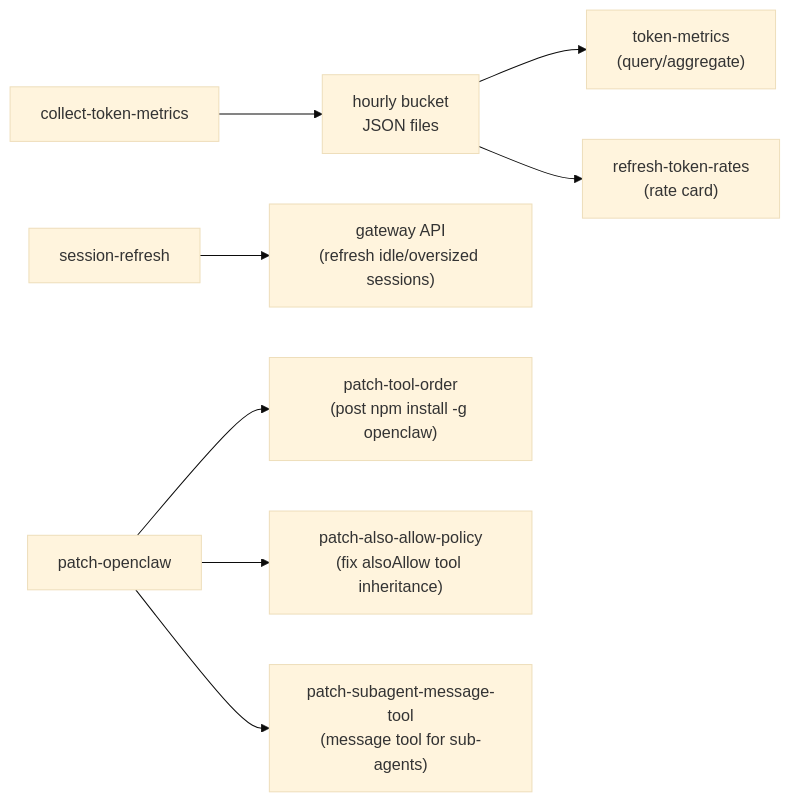
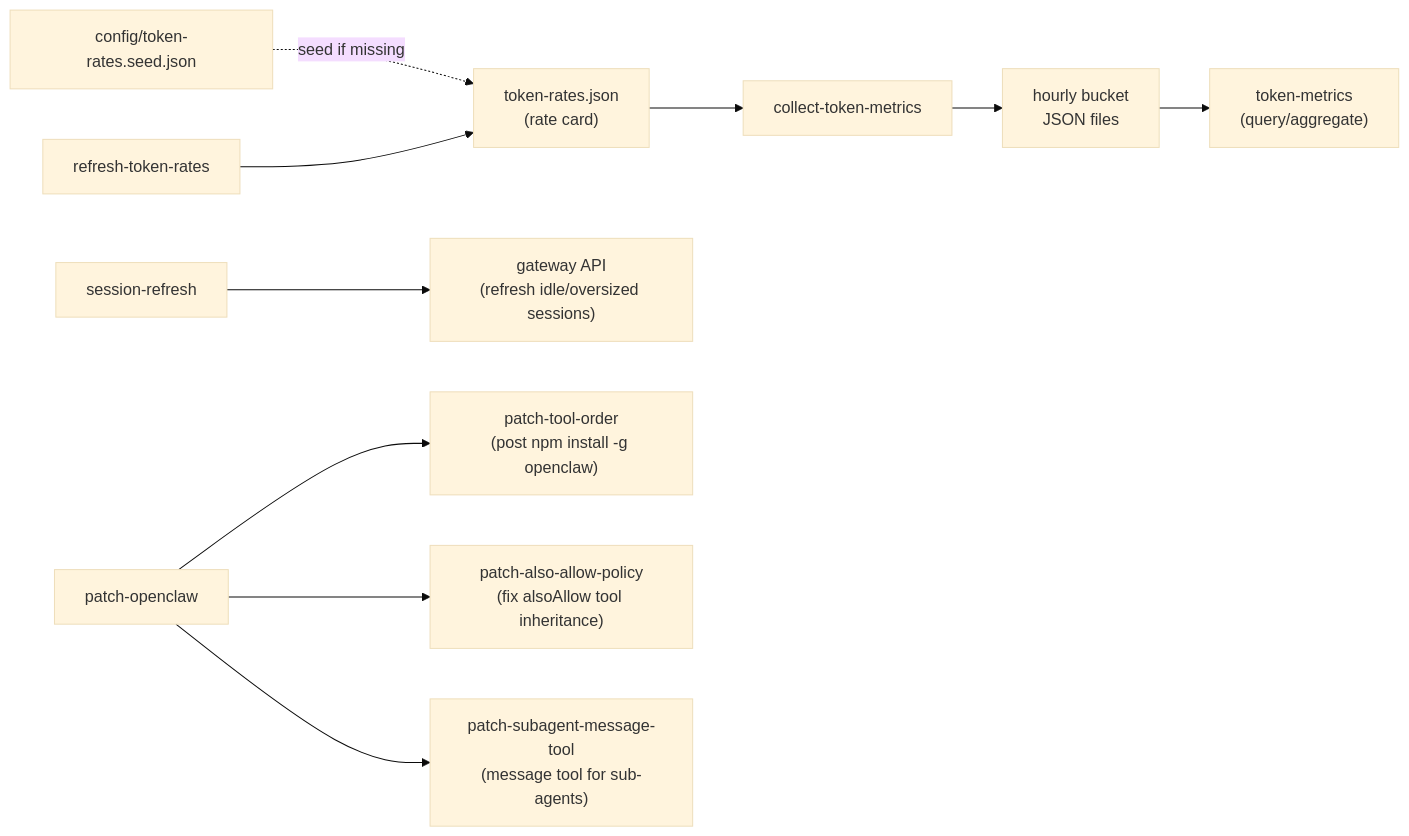
Before and after one commit to karmaniverous/jeeves-scripts-template: the diagram in src/admin/README.md, drawn with Mermaid (base theme). The commit also changed other lines of this file and 14 other files, not shown here.

Commit message:
[54] fix: seed token rate card and fail refresh-token-rates when it is missing or invalid

````diff
--- a/src/admin/README.md
+++ b/src/admin/README.md
@@ -23,12 +23,14 @@
 ```mermaid
 flowchart LR
   collect["collect-token-metrics"] --> buckets["hourly bucket\nJSON files"]
   buckets --> metrics["token-metrics\n(query/aggregate)"]
-  buckets --> rates["refresh-token-rates\n(rate card)"]
+  seed["config/token-rates.seed.json"] -. "seed if missing" .-> card["token-rates.json\n(rate card)"]
+  rates["refresh-token-rates"] --> card
+  card --> collect
 
   refresh["session-refresh"] --> gateway["gateway API\n(refresh idle/oversized sessions)"]
 
   patch["patch-openclaw"] --> order["patch-tool-order\n(post npm install -g openclaw)"]
   patch --> allow["patch-also-allow-policy\n(fix alsoAllow tool inheritance)"]
   patch --> msg["patch-subagent-message-tool\n(message tool for sub-agents)"]
 ```
````
